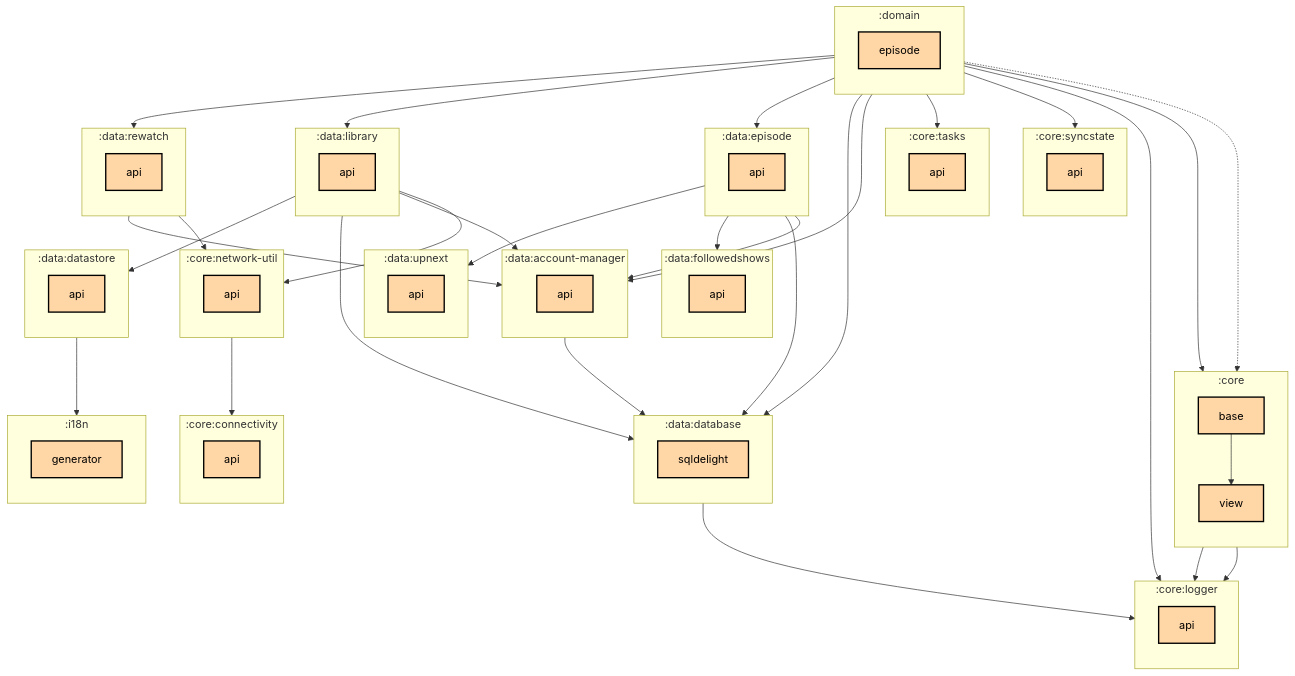
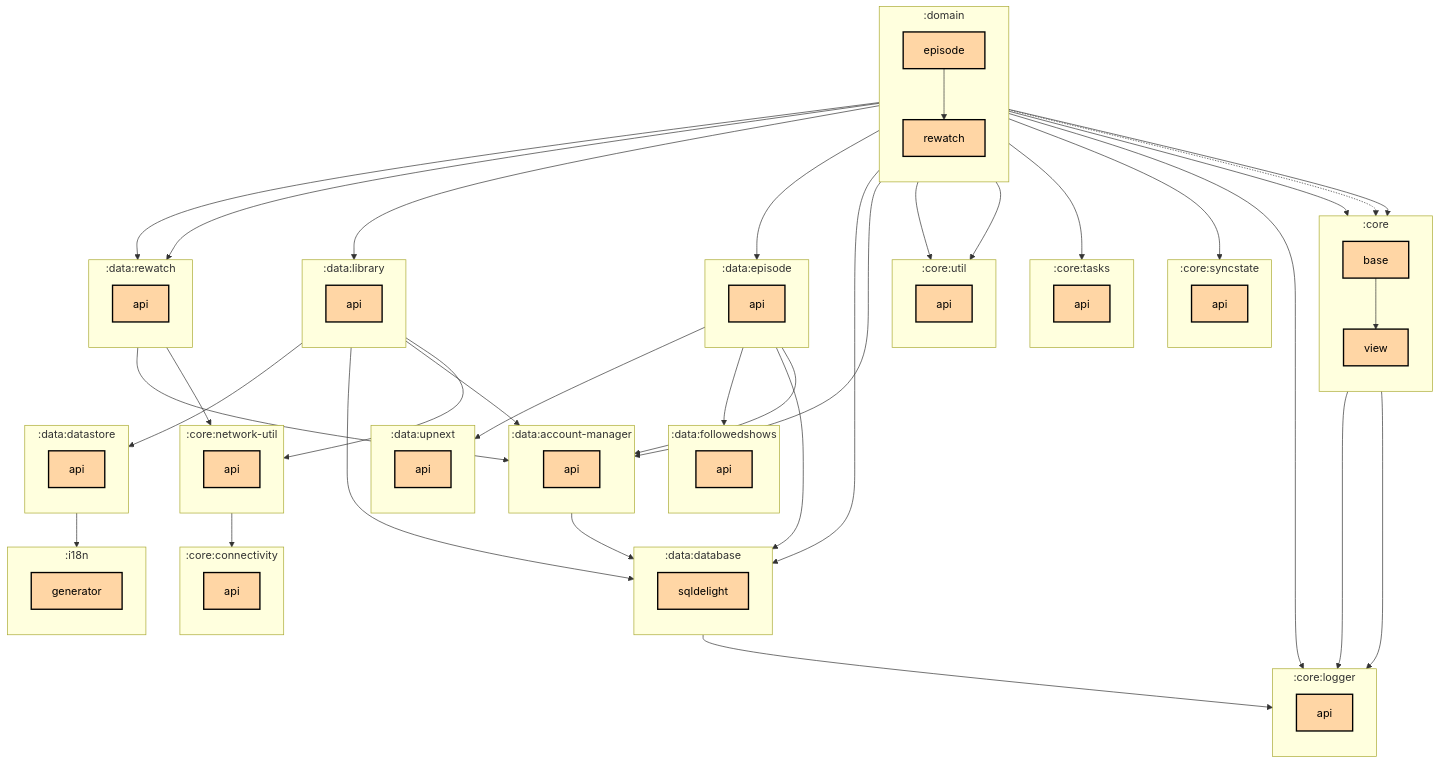
One commit to thomaskioko/tv-maniac changed the first of 2 diagrams in domain/episode/README.md. Above: the diagram before and after it, drawn with Mermaid. The commit also changed 30 other files, not shown here.

Commit message:
Update graph dependencies

```diff
--- a/domain/episode/README.md
+++ b/domain/episode/README.md
@@ -29,6 +29,10 @@
   subgraph :core:tasks
     direction TB
     :core:tasks:api[api]:::multiplatform
+  end
+  subgraph :core:util
+    direction TB
+    :core:util:api[api]:::multiplatform
   end
   subgraph :data:account-manager
     direction TB
@@ -65,6 +69,7 @@
   subgraph :domain
     direction TB
     :domain:episode[episode]:::multiplatform
+    :domain:rewatch[rewatch]:::multiplatform
   end
   subgraph :i18n
     direction TB
@@ -92,12 +97,17 @@
   :domain:episode --> :core:logger:api
   :domain:episode --> :core:syncstate:api
   :domain:episode --> :core:tasks:api
+  :domain:episode --> :core:util:api
   :domain:episode -.-> :core:view
   :domain:episode --> :data:account-manager:api
   :domain:episode --> :data:database:sqldelight
   :domain:episode --> :data:episode:api
   :domain:episode --> :data:library:api
   :domain:episode --> :data:rewatch:api
+  :domain:episode --> :domain:rewatch
+  :domain:rewatch --> :core:base
+  :domain:rewatch --> :core:util:api
+  :domain:rewatch --> :data:rewatch:api
 
 classDef application fill:#CAFFBF,stroke:#000,stroke-width:2px,color:#000;
 classDef multiplatform fill:#FFD6A5,stroke:#000,stroke-width:2px,color:#000;
```
